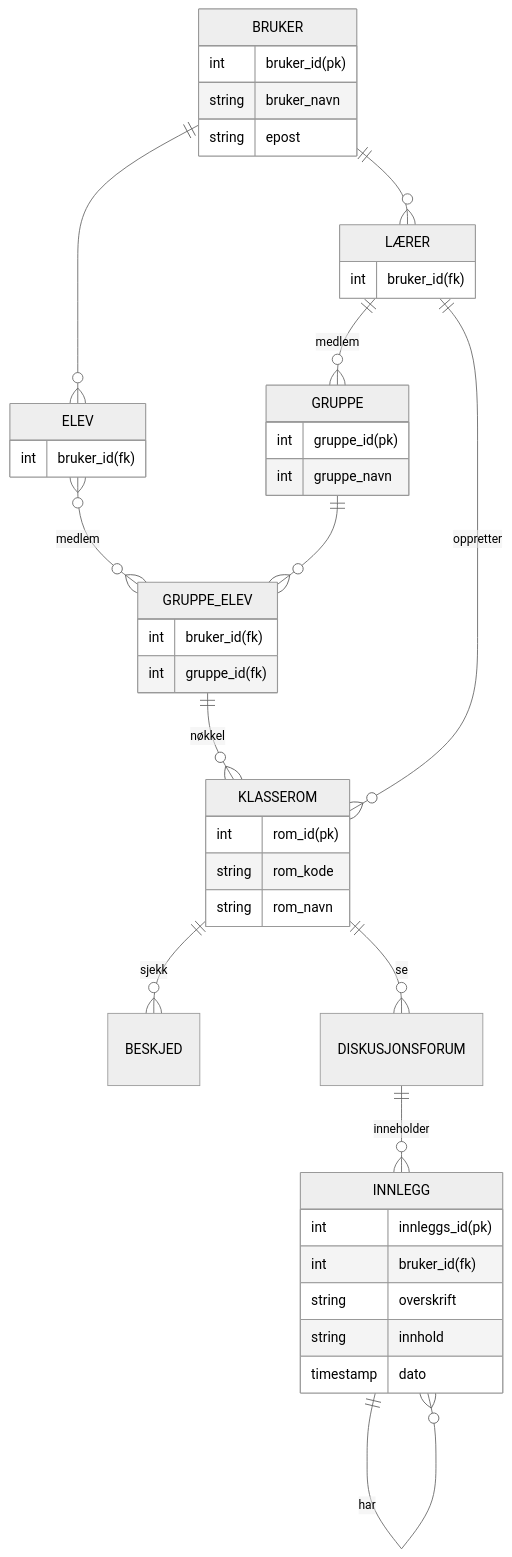
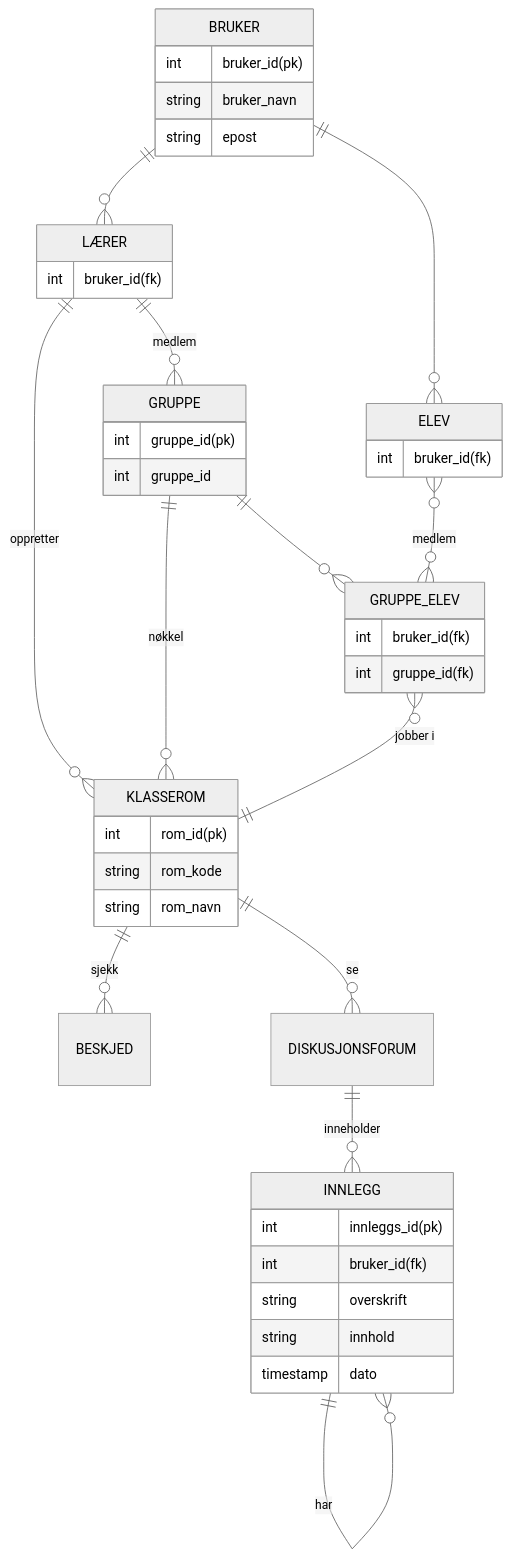
One commit to programmerBredC/data1500-oving-04 changed the second of 2 diagrams in OPPGAVE.md. Above: the diagram before and after it, drawn with Mermaid (neutral theme).

````diff
--- a/OPPGAVE.md
+++ b/OPPGAVE.md
@@ -49,46 +49,47 @@
 ```mermaid
 erDiagram
 BRUKER {
     int bruker_id(pk)
     string bruker_navn
     string epost
     }
     BRUKER ||--o{ LÆRER : ""
     BRUKER ||--o{ ELEV : ""
 ELEV {
     int bruker_id(fk)
 }
 LÆRER {
     int bruker_id(fk)
 }
 KLASSEROM {
     int rom_id(pk)
     string rom_kode
     string rom_navn
 }
     ELEV }o--o{ GRUPPE_ELEV : "medlem"
-    GRUPPE_ELEV ||--o{ KLASSEROM :"nøkkel"
+    GRUPPE ||--o{ KLASSEROM :"nøkkel"
+    GRUPPE_ELEV }o--||KLASSEROM :"jobber i"
 
 GRUPPE_ELEV {
     int bruker_id(fk)
     int gruppe_id(fk)
 }
 GRUPPE {
     int gruppe_id(pk)
-    int gruppe_navn
+    int gruppe_id
 }
     GRUPPE ||--o{ GRUPPE_ELEV: ""
     LÆRER ||--o{ KLASSEROM : "oppretter"
     LÆRER ||--o{ GRUPPE : "medlem"
     KLASSEROM ||--o{ BESKJED : "sjekk"
     KLASSEROM ||--o{ DISKUSJONSFORUM : "se"
     DISKUSJONSFORUM ||--o{ INNLEGG : "inneholder"
 INNLEGG {
     int innleggs_id(pk)
     int bruker_id(fk)
     string overskrift
     string innhold
     timestamp dato
 }
     INNLEGG ||--o{ INNLEGG : har
 ```
````
